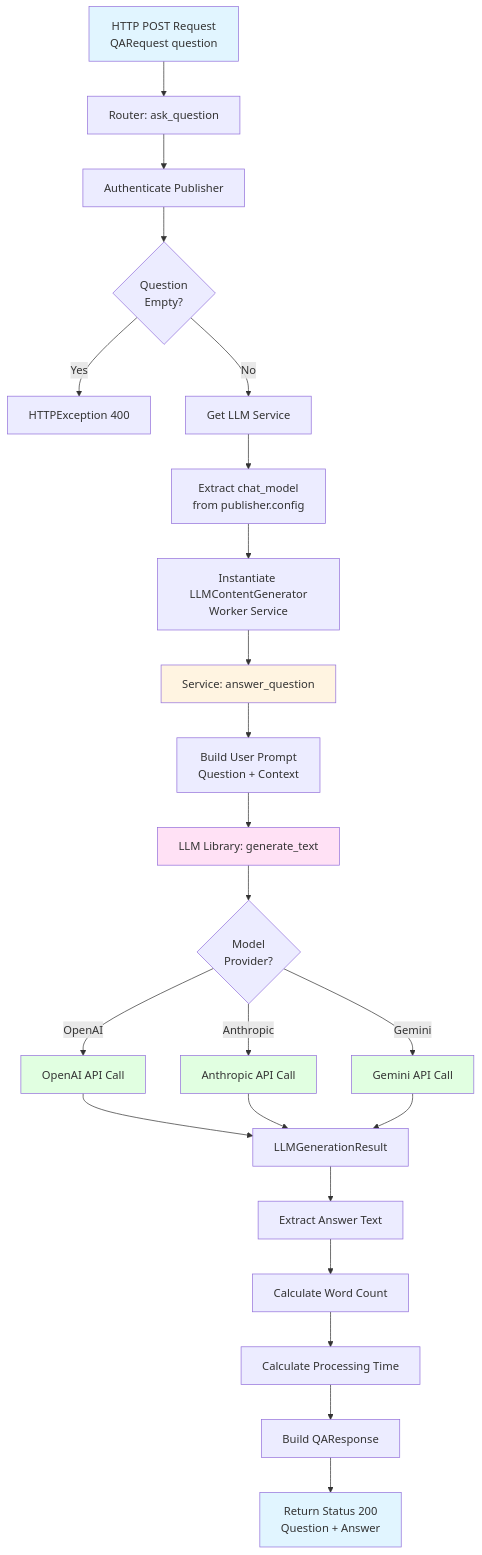
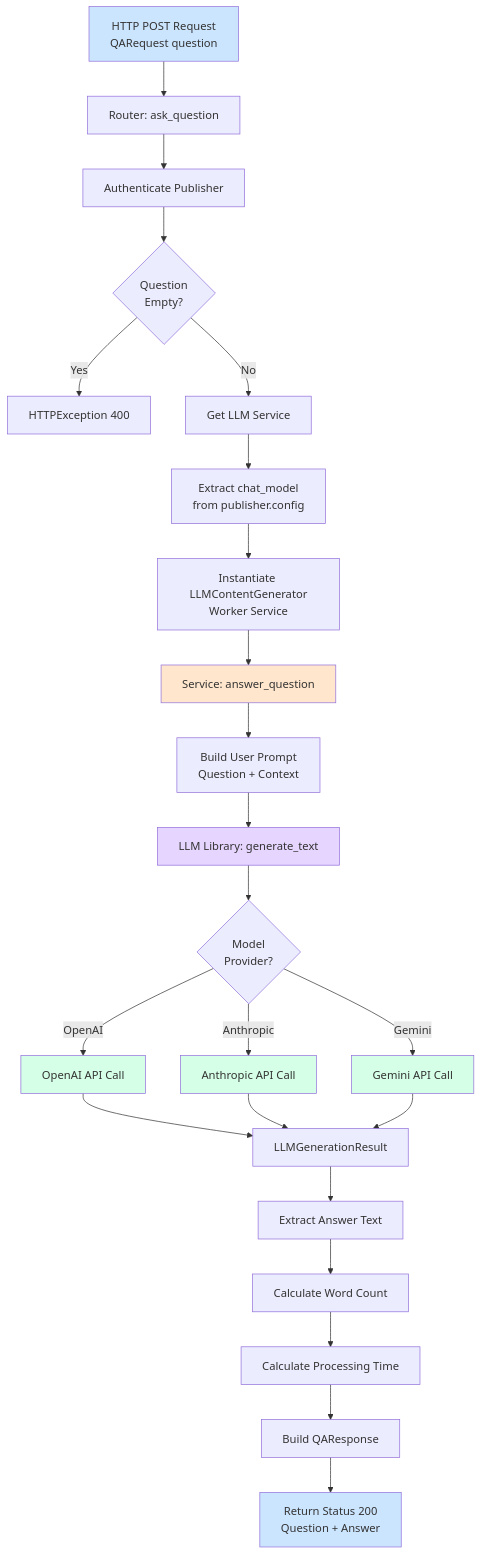
The tenth of 12 diagrams in SelfLearning/fyi_widget_api/ENDPOINT_FLOWS_VISUAL.md (amitspk/project-x), drawn with Mermaid before and after one commit. The commit also changed other lines of this file, not shown here.

Commit message:
updated flow diagram

````diff
--- a/SelfLearning/fyi_widget_api/ENDPOINT_FLOWS_VISUAL.md
+++ b/SelfLearning/fyi_widget_api/ENDPOINT_FLOWS_VISUAL.md
@@ -309,33 +309,33 @@
 ```mermaid
 graph TD
     A[HTTP POST Request<br/>QARequest question] --> B[Router: ask_question]
     B --> C[Authenticate Publisher]
     C --> D{Question<br/>Empty?}
     D -->|Yes| E[HTTPException 400]
     D -->|No| F[Get LLM Service]
     F --> G[Extract chat_model<br/>from publisher.config]
     G --> H[Instantiate LLMContentGenerator<br/>Worker Service]
     H --> I[Service: answer_question]
     I --> J[Build User Prompt<br/>Question + Context]
     J --> K[LLM Library: generate_text]
     K --> L{Model<br/>Provider?}
     L -->|OpenAI| M[OpenAI API Call]
     L -->|Anthropic| N[Anthropic API Call]
     L -->|Gemini| O[Gemini API Call]
     M --> P[LLMGenerationResult]
     N --> P
     O --> P
     P --> Q[Extract Answer Text]
     Q --> R[Calculate Word Count]
     R --> S[Calculate Processing Time]
     S --> T[Build QAResponse]
     T --> U[Return Status 200<br/>Question + Answer]
     
-    style A fill:#e1f5ff
-    style I fill:#fff4e1
-    style K fill:#ffe1f5
-    style M fill:#e1ffe1
-    style N fill:#e1ffe1
-    style O fill:#e1ffe1
-    style U fill:#e1f5ff
+    style A fill:#cce5ff
+    style I fill:#ffe6cc
+    style K fill:#e6d5ff
+    style M fill:#d5ffe6
+    style N fill:#d5ffe6
+    style O fill:#d5ffe6
+    style U fill:#cce5ff
 ```
````
